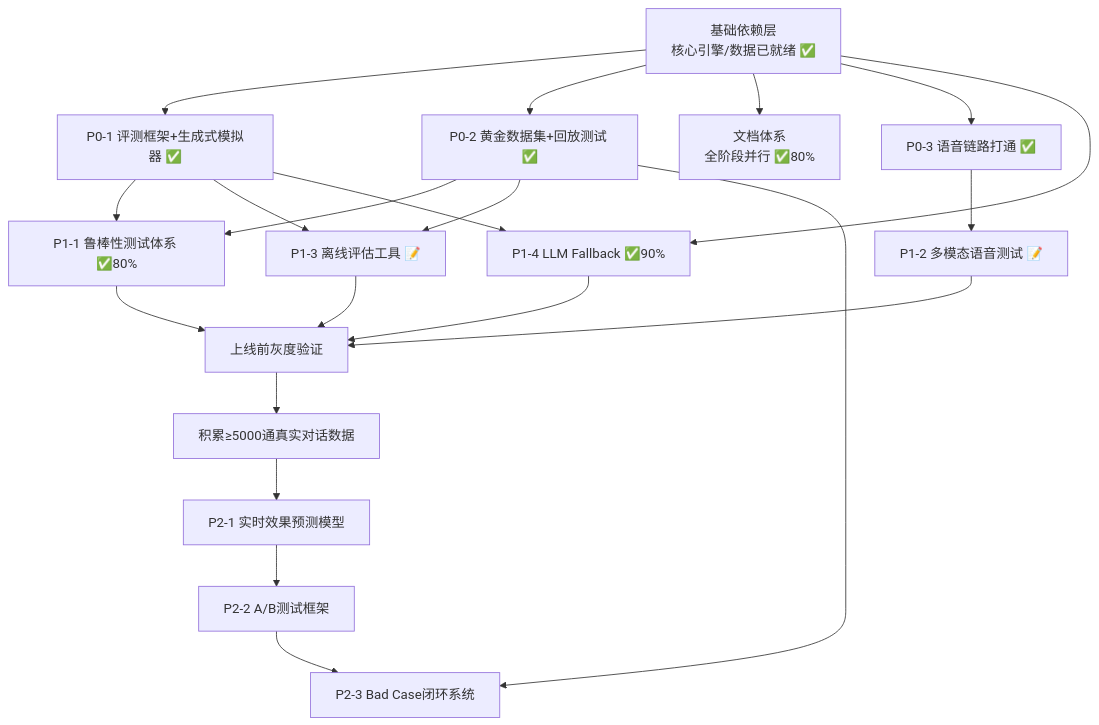
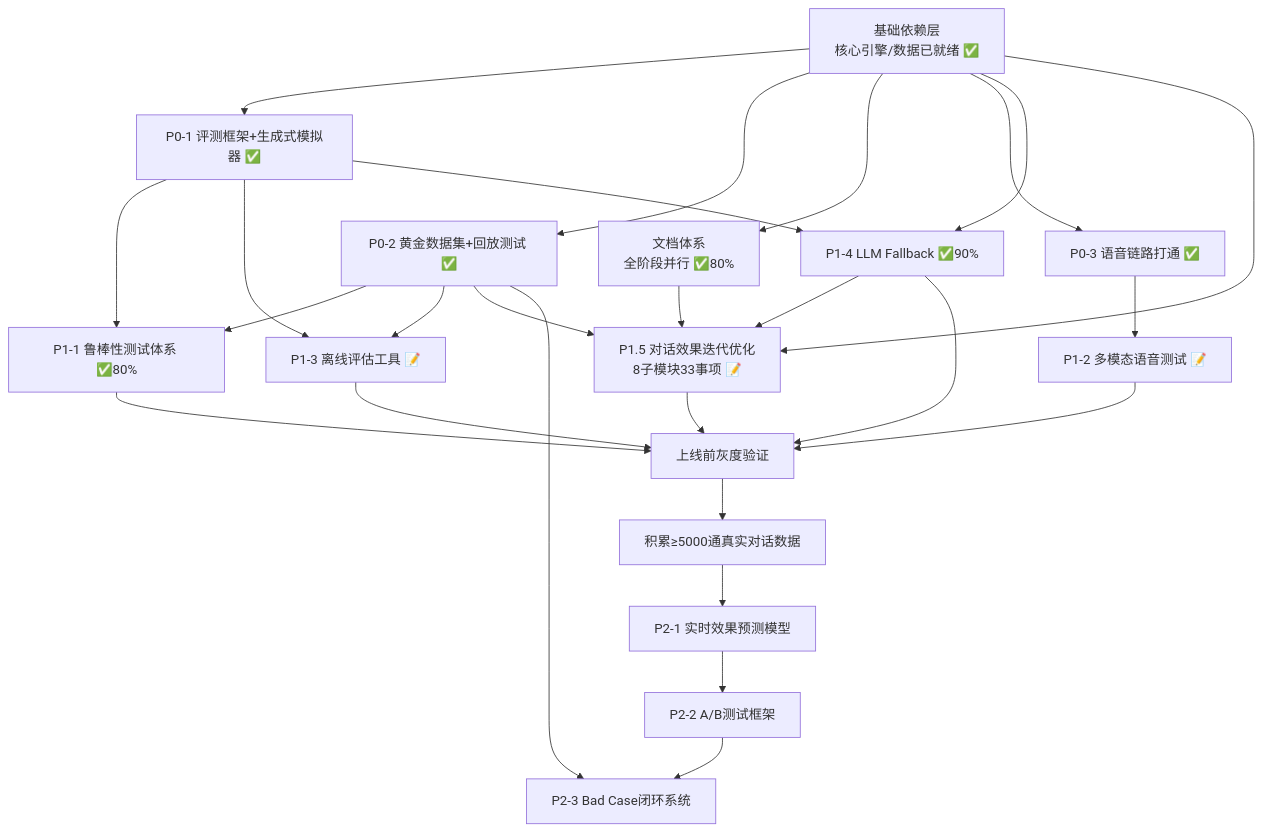
Before and after one commit to zhaodaolimeng/ai-telemarketing: the diagram in docs/ROADMAP.md, drawn with Mermaid. The commit also changed other lines of this file and 22 other files, not shown here.

First line of the commit message:
feat: P15-A01异议反驳链 + P15-G01校准基线 + P15-C01意图数据飞轮

````diff
--- a/docs/ROADMAP.md
+++ b/docs/ROADMAP.md
@@ -132,28 +249,35 @@
 ```mermaid
 graph TD
     %% 根依赖
     BASE[基础依赖层<br>核心引擎/数据已就绪 ✅] --> P01[P0-1 评测框架+生成式模拟器 ✅]
     BASE --> P02[P0-2 黄金数据集+回放测试 ✅]
     BASE --> DOC[文档体系<br>全阶段并行 ✅80%]
     BASE --> ASR[P0-3 语音链路打通 ✅]
     
     %% P0 -> P1
     P01 --> P11[P1-1 鲁棒性测试体系 ✅80%]
     P02 --> P11
     P01 --> P13[P1-3 离线评估工具 📝]
     P02 --> P13
     ASR --> P12[P1-2 多模态语音测试 📝]
     BASE --> P14[P1-4 LLM Fallback ✅90%]
     P01 --> P14
     
+    %% P1.5 效果优化（并行启动，不阻塞上线）
+    BASE --> P15[P1.5 对话效果迭代优化<br>8子模块33事项 📝]
+    P02 --> P15
+    P14 --> P15
+    DOC --> P15
+    
     %% P1 -> 上线 -> P2
     P11 --> PRE_ONLINE[上线前灰度验证]
+    P15 --> PRE_ONLINE
     P12 --> PRE_ONLINE
     P13 --> PRE_ONLINE
     P14 --> PRE_ONLINE
     PRE_ONLINE --> DATA[积累≥5000通真实对话数据]
     DATA --> P21[P2-1 实时效果预测模型]
     P21 --> P22[P2-2 A/B测试框架]
     P22 --> P23[P2-3 Bad Case闭环系统]
     P02 --> P23
 ```
````
